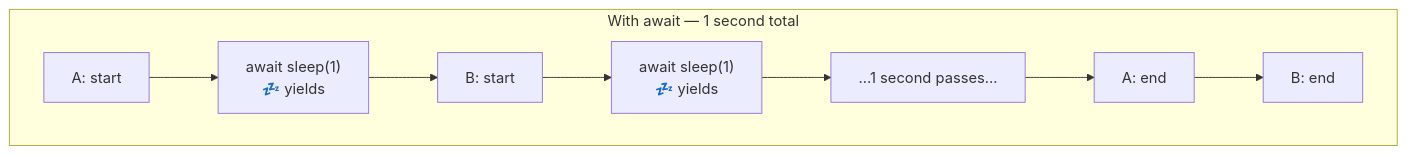
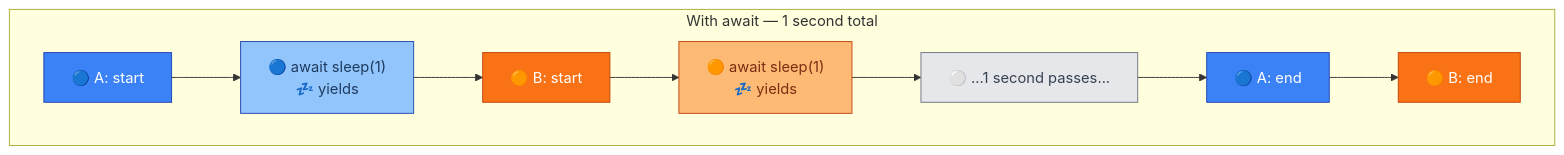
Before and after one commit to gitlost-murali/blogs: the ninth of 13 diagrams in _posts/2026-25-01-understanding-async-python.md, drawn with Mermaid. The commit also changed other lines of this file, not shown here.

```diff
--- a/_posts/2026-25-01-understanding-async-python.md
+++ b/_posts/2026-25-01-understanding-async-python.md
@@ -552,9 +562,15 @@
 <div class="mermaid">
 flowchart TD
     subgraph Concurrent["With await — 1 second total"]
-        C1["A: start"] --> C2["await sleep(1)<br/>💤 yields"]
-        C2 --> C3["B: start"] --> C4["await sleep(1)<br/>💤 yields"]
-        C4 --> C5["...1 second passes..."]
-        C5 --> C6["A: end"] --> C7["B: end"]
+        C1["🔵 A: start"]:::taskA --> C2["🔵 await sleep(1)<br/>💤 yields"]:::taskApause
+        C2 --> C3["🟠 B: start"]:::taskB --> C4["🟠 await sleep(1)<br/>💤 yields"]:::taskBpause
+        C4 --> C5["⚪ ...1 second passes..."]:::idle
+        C5 --> C6["🔵 A: end"]:::taskA --> C7["🟠 B: end"]:::taskB
     end
+
+    classDef taskA fill:#3b82f6,stroke:#1e40af,color:#fff
+    classDef taskApause fill:#93c5fd,stroke:#1e40af,color:#1e3a5f
+    classDef taskB fill:#f97316,stroke:#c2410c,color:#fff
+    classDef taskBpause fill:#fdba74,stroke:#c2410c,color:#7c2d12
+    classDef idle fill:#e5e7eb,stroke:#6b7280,color:#374151
 </div>
```
